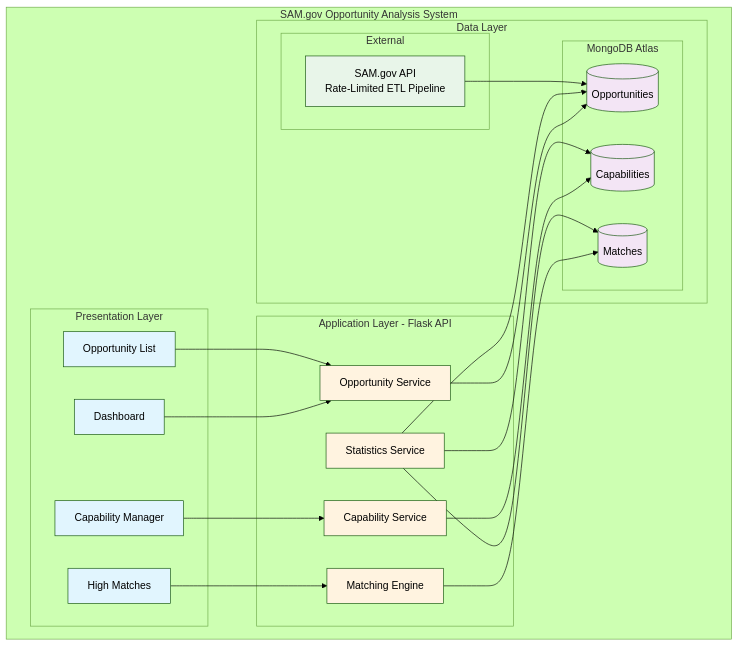
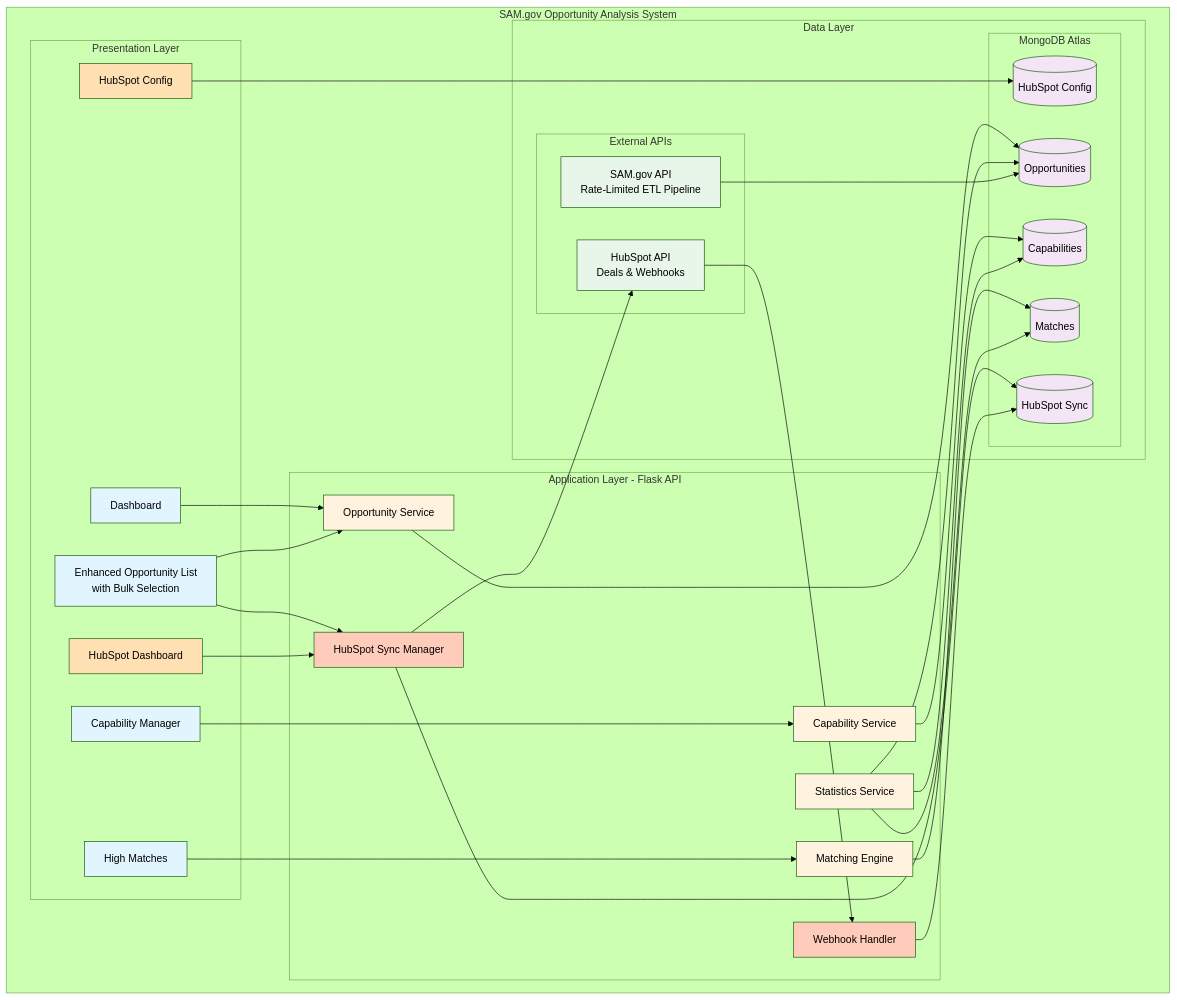
The first of 2 diagrams in README.md (dasaep/sam-search), drawn with Mermaid (forest theme) before and after one commit. The commit also changed other lines of this file, not shown here.

Commit message:
Checking in HubSpot Integration Readme Update

````diff
--- a/README.md
+++ b/README.md
@@ -18,57 +28,78 @@
 ```mermaid
 graph TB
     subgraph "SAM.gov Opportunity Analysis System"
         subgraph "Presentation Layer"
             Dashboard[Dashboard]
-            OppList[Opportunity List]
+            OppList[Enhanced Opportunity List<br/>with Bulk Selection]
             CapManager[Capability Manager]
             HighMatches[High Matches]
+            HubSpotConfig[HubSpot Config]
+            HubSpotDash[HubSpot Dashboard]
         end
         
         subgraph "Application Layer - Flask API"
             OppService[Opportunity Service]
             CapService[Capability Service]
             MatchEngine[Matching Engine]
             StatService[Statistics Service]
+            HubSpotSync[HubSpot Sync Manager]
+            WebhookHandler[Webhook Handler]
         end
         
         subgraph "Data Layer"
             subgraph "MongoDB Atlas"
                 OppDB[(Opportunities)]
                 CapDB[(Capabilities)]
                 MatchDB[(Matches)]
+                HubSpotSyncDB[(HubSpot Sync)]
+                ConfigDB[(HubSpot Config)]
             end
             
-            subgraph "External"
+            subgraph "External APIs"
                 SAM[SAM.gov API<br/>Rate-Limited ETL Pipeline]
+                HubSpot[HubSpot API<br/>Deals & Webhooks]
             end
         end
         
         Dashboard --> OppService
         OppList --> OppService
+        OppList --> HubSpotSync
         CapManager --> CapService
         HighMatches --> MatchEngine
+        HubSpotConfig --> ConfigDB
+        HubSpotDash --> HubSpotSync
         
         OppService --> OppDB
         CapService --> CapDB
         MatchEngine --> MatchDB
         StatService --> OppDB
         StatService --> CapDB
         StatService --> MatchDB
+        HubSpotSync --> HubSpotSyncDB
+        HubSpotSync --> HubSpot
+        WebhookHandler --> HubSpotSyncDB
         
         SAM --> OppDB
+        HubSpot --> WebhookHandler
     end
     
     style Dashboard fill:#e1f5fe
     style OppList fill:#e1f5fe
     style CapManager fill:#e1f5fe
     style HighMatches fill:#e1f5fe
+    style HubSpotConfig fill:#ffe0b2
+    style HubSpotDash fill:#ffe0b2
     style OppService fill:#fff3e0
     style CapService fill:#fff3e0
     style MatchEngine fill:#fff3e0
     style StatService fill:#fff3e0
+    style HubSpotSync fill:#ffccbc
+    style WebhookHandler fill:#ffccbc
     style OppDB fill:#f3e5f5
     style CapDB fill:#f3e5f5
     style MatchDB fill:#f3e5f5
+    style HubSpotSyncDB fill:#f3e5f5
+    style ConfigDB fill:#f3e5f5
     style SAM fill:#e8f5e9
+    style HubSpot fill:#e8f5e9
 ```
````
